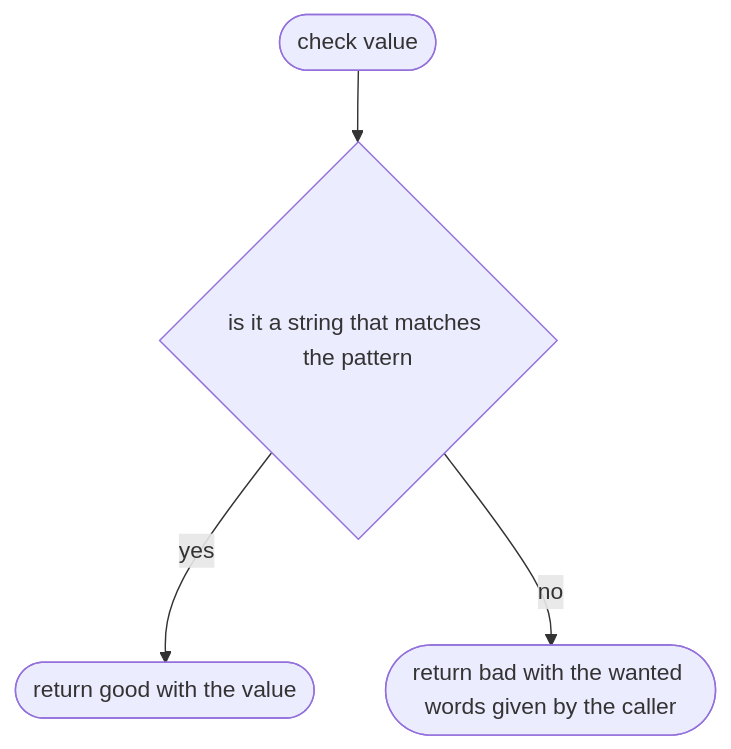
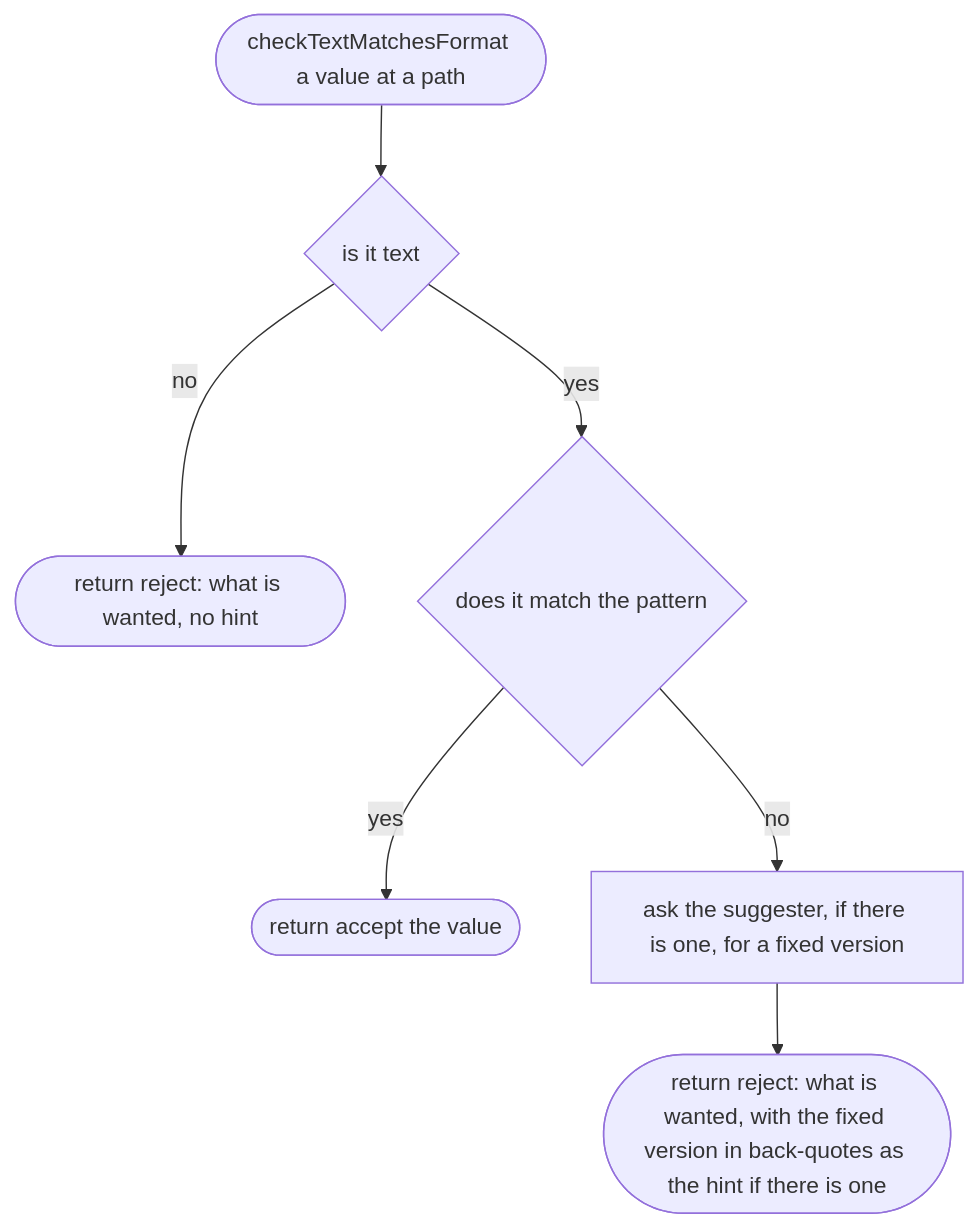
One commit to NewDara-Star/world-engine changed the tenth of 37 diagrams in docs/designs/src/place/parse.md. Above: the diagram before and after it, drawn with Mermaid. The commit also changed other lines of this file and 9 other files, not shown here.

````diff
--- a/docs/designs/src/place/parse.md
+++ b/docs/designs/src/place/parse.md
@@ -92,10 +143,16 @@
 ```mermaid
 flowchart TD
-  s(["check value"])
-  a{"is it a string that matches the pattern"}
-  b(["return good with the value"])
-  c(["return bad with the wanted words given by the caller"])
+  s(["checkTextMatchesFormat a value at a path"])
+  a{"is it text"}
+  b(["return reject: what is wanted, no hint"])
+  c{"does it match the pattern"}
+  d(["return accept the value"])
+  e["ask the suggester, if there is one, for a fixed version"]
+  f(["return reject: what is wanted, with the fixed version in back-quotes as the hint if there is one"])
   s --> a
-  a -->|"yes"| b
-  a -->|"no"| c
+  a -->|"no"| b
+  a -->|"yes"| c
+  c -->|"yes"| d
+  c -->|"no"| e
+  e --> f
 ```
````
